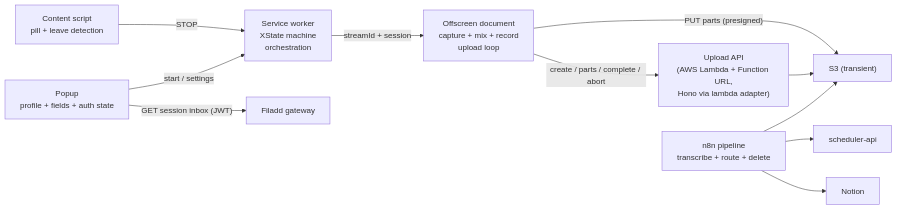
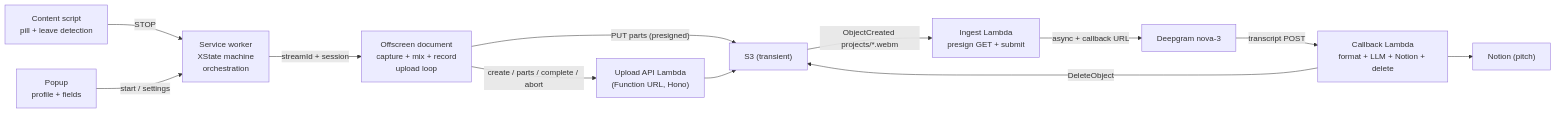
The first of 2 diagrams in spec.md (filadd/chrome-recorder), drawn with Mermaid before and after one commit. The commit also changed other lines of this file and 39 other files, not shown here.

First line of the commit message:
feat: event-driven AWS transcription pipeline; drop orientation profile

````diff
--- a/spec.md
+++ b/spec.md
@@ -42,13 +40,14 @@
 ```mermaid
 flowchart LR
     CS["Content script<br/>pill + leave detection"] -->|"STOP"| SW["Service worker<br/>XState machine<br/>orchestration"]
-    P["Popup<br/>profile + fields + auth state"] -->|"start / settings"| SW
-    P -->|"GET session inbox (JWT)"| GW["Filadd gateway"]
+    P["Popup<br/>profile + fields"] -->|"start / settings"| SW
     SW -->|"streamId + session"| OFF["Offscreen document<br/>capture + mix + record<br/>upload loop"]
     OFF -->|"PUT parts (presigned)"| S3["S3 (transient)"]
-    OFF -->|"create / parts / complete / abort"| API["Upload API<br/>(AWS Lambda + Function URL,<br/>Hono via lambda adapter)"]
+    OFF -->|"create / parts / complete / abort"| API["Upload API Lambda<br/>(Function URL, Hono)"]
     API --> S3
-    N8N["n8n pipeline<br/>transcribe + route + delete"] --> S3
-    N8N --> SCHED["scheduler-api"]
-    N8N --> NOTION["Notion"]
+    S3 -->|"ObjectCreated projects/*.webm"| ING["Ingest Lambda<br/>presign GET + submit"]
+    ING -->|"async + callback URL"| DG["Deepgram nova-3"]
+    DG -->|"transcript POST"| CB["Callback Lambda<br/>format + LLM + Notion + delete"]
+    CB --> NOTION["Notion (pitch)"]
+    CB -->|"DeleteObject"| S3
 ```
````
